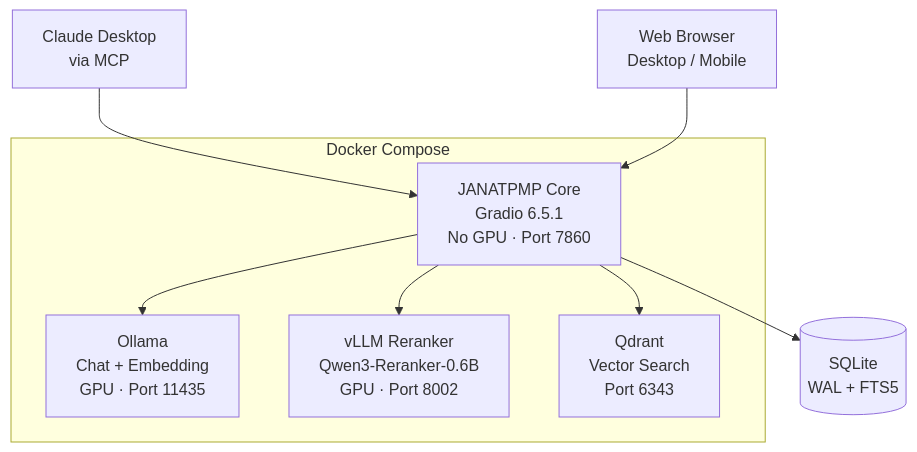
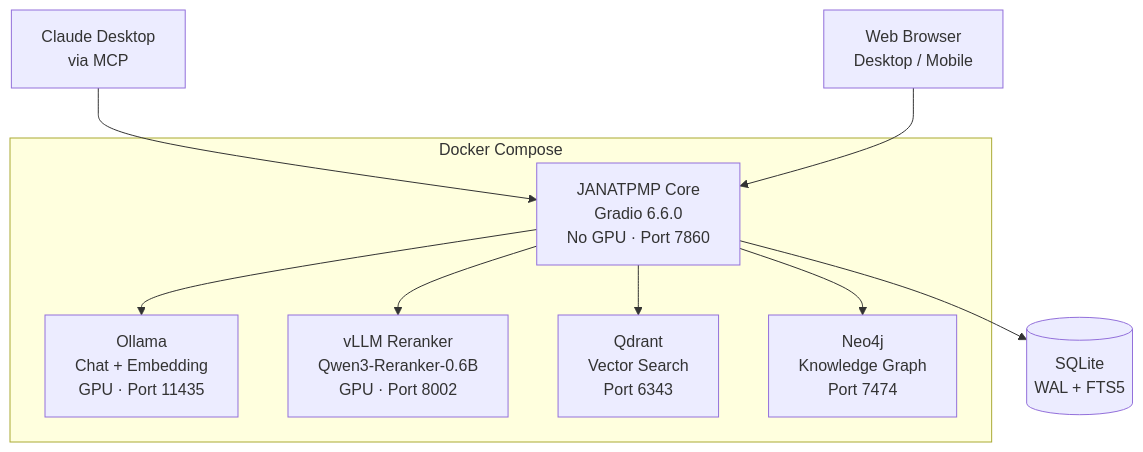
The first of 2 diagrams in README.md (janat-llc/janatpmp), drawn with Mermaid before and after one commit. The commit also changed other lines of this file and 20 other files, not shown here.

First line of the commit message:
Phase R13: Live Memory — triple-write pipeline, Neo4j knowledge graph, Slumber 4-cycle

````diff
--- a/README.md
+++ b/README.md
@@ -19,18 +20,20 @@
 ```mermaid
 graph TB
     subgraph Docker Compose
-        Core[JANATPMP Core<br/>Gradio 6.5.1<br/>No GPU · Port 7860]
+        Core[JANATPMP Core<br/>Gradio 6.6.0<br/>No GPU · Port 7860]
         Ollama[Ollama<br/>Chat + Embedding<br/>GPU · Port 11435]
         vLLM[vLLM Reranker<br/>Qwen3-Reranker-0.6B<br/>GPU · Port 8002]
         Qdrant[Qdrant<br/>Vector Search<br/>Port 6343]
+        Neo4j[Neo4j<br/>Knowledge Graph<br/>Port 7474]
     end
 
     SQLite[(SQLite<br/>WAL + FTS5)]
     Core --> SQLite
     Core --> Ollama
     Core --> vLLM
     Core --> Qdrant
+    Core --> Neo4j
 
     Claude[Claude Desktop<br/>via MCP] --> Core
     Browser[Web Browser<br/>Desktop / Mobile] --> Core
 ```
````
